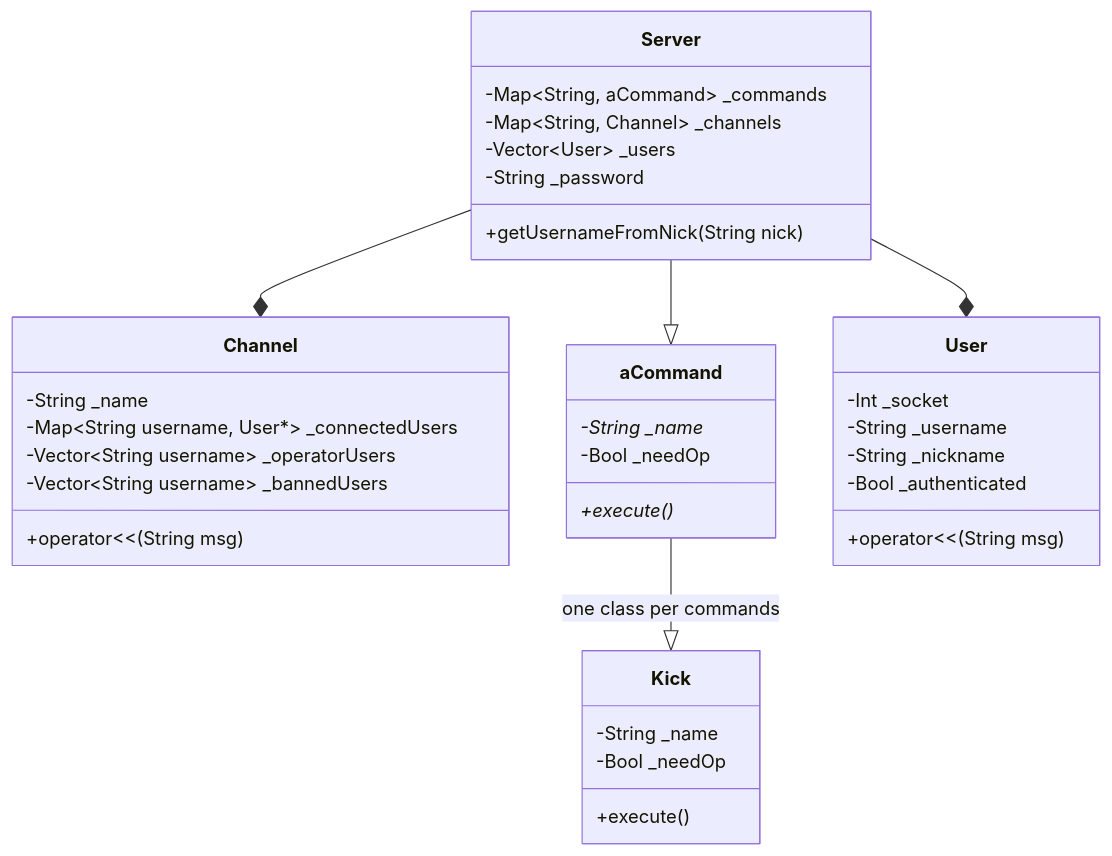
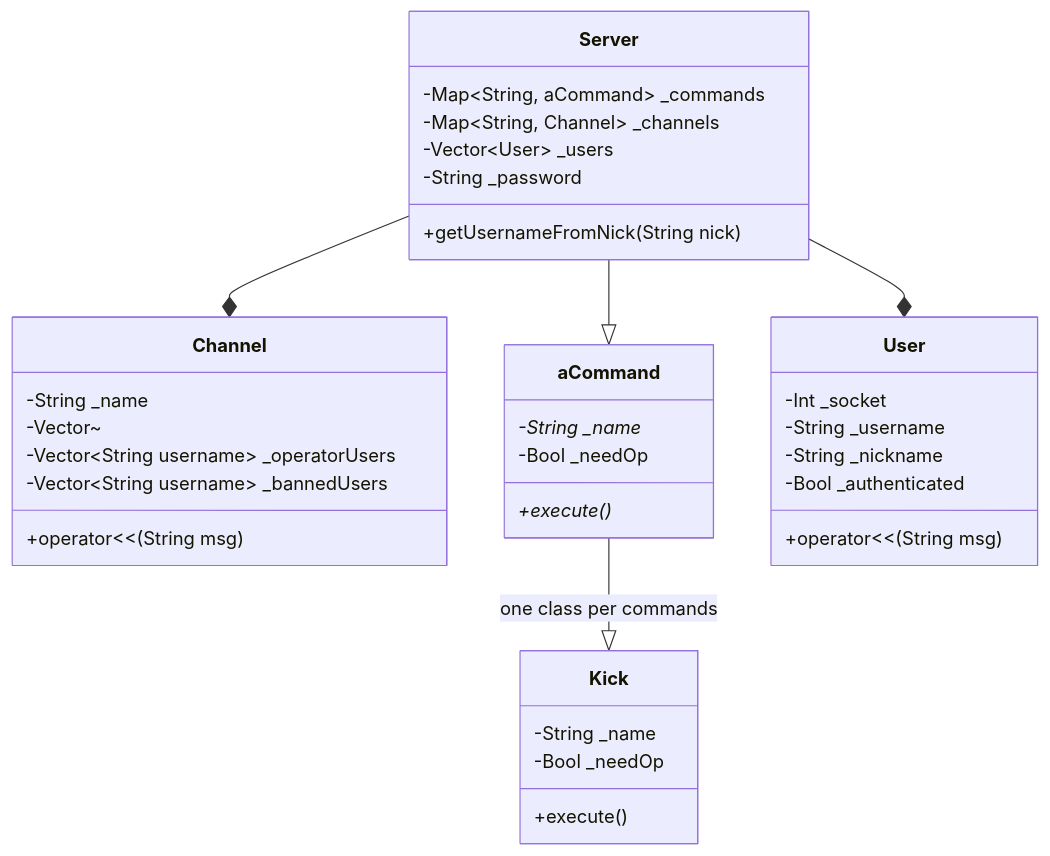
Before and after one commit to Guillaume1868/ft_irc: the diagram in README.md, drawn with Mermaid.

````diff
--- a/README.md
+++ b/README.md
@@ -3,36 +3,36 @@
 ```mermaid
 classDiagram
     Server --* Channel
     Server --|> aCommand
     Server --* User
     Server : -Map~String, aCommand~ _commands
     Server : -Map~String, Channel~ _channels
     Server : -Vector~User~ _users
     Server : -String _password
     Server : +getUsernameFromNick(String nick)
     class Channel{
         -String _name
-        -Map~String username, User*~ _connectedUsers
+        -Vector~<User*~ _connectedUsers
         -Vector~String username~ _operatorUsers
         -Vector~String username~ _bannedUsers
         +operator<<(String msg)
     }
     class aCommand{
         -String _name*
         -Bool _needOp
         +execute()*
     }
     aCommand --|> Kick:one class per commands
     class Kick{
         -String _name
         -Bool _needOp
         +execute()
     }
     class User{
         -Int _socket
         -String _username
         -String _nickname
         -Bool _authenticated
         +operator<<(String msg)
     }
 ```
````
